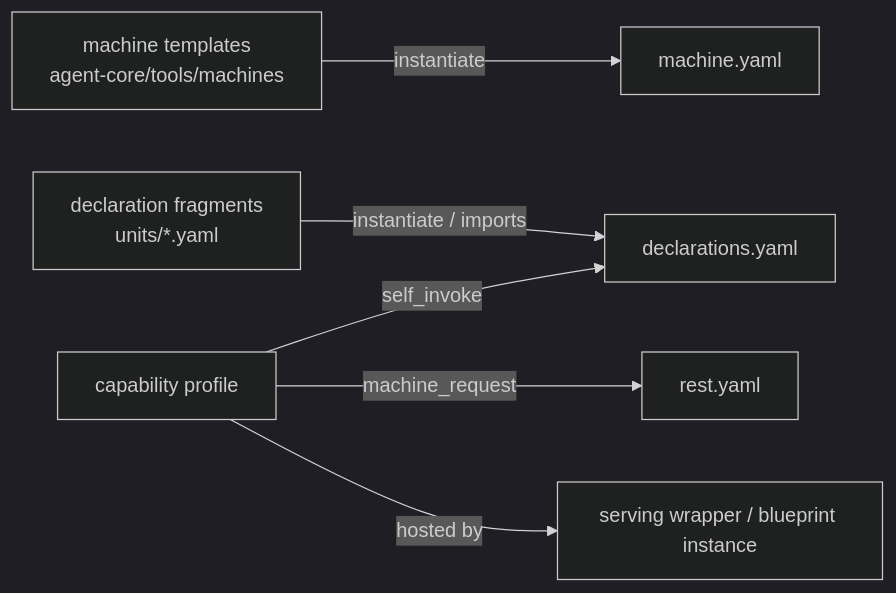
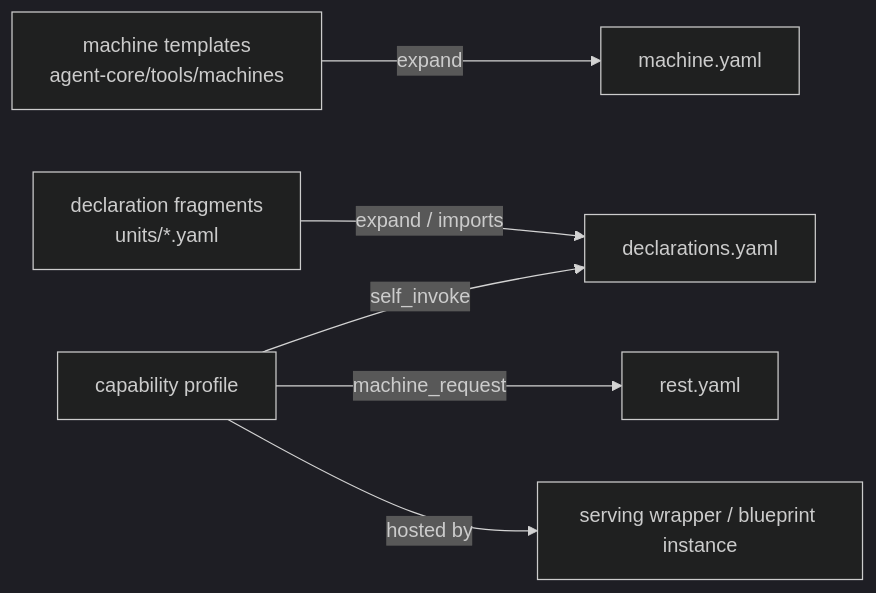
The diagram in docs/guides/composition-model.md (Acharya320/declarative-agents), drawn with Mermaid (dark theme) before and after one commit. The commit also changed other lines of this file and 26 other files, not shown here.

````diff
--- a/docs/guides/composition-model.md
+++ b/docs/guides/composition-model.md
@@ -22,8 +22,8 @@
 ```mermaid
 graph LR
-  T[machine templates<br/>agent-core/tools/machines] -->|instantiate| M[machine.yaml]
-  F[declaration fragments<br/>units/*.yaml] -->|instantiate / imports| D[declarations.yaml]
+  T[machine templates<br/>agent-core/tools/machines] -->|expand| M[machine.yaml]
+  F[declaration fragments<br/>units/*.yaml] -->|expand / imports| D[declarations.yaml]
   CP[capability profile] -->|self_invoke| D
   CP -->|machine_request| R[rest.yaml]
   CP -->|hosted by| W[serving wrapper / blueprint instance]
 ```
````
